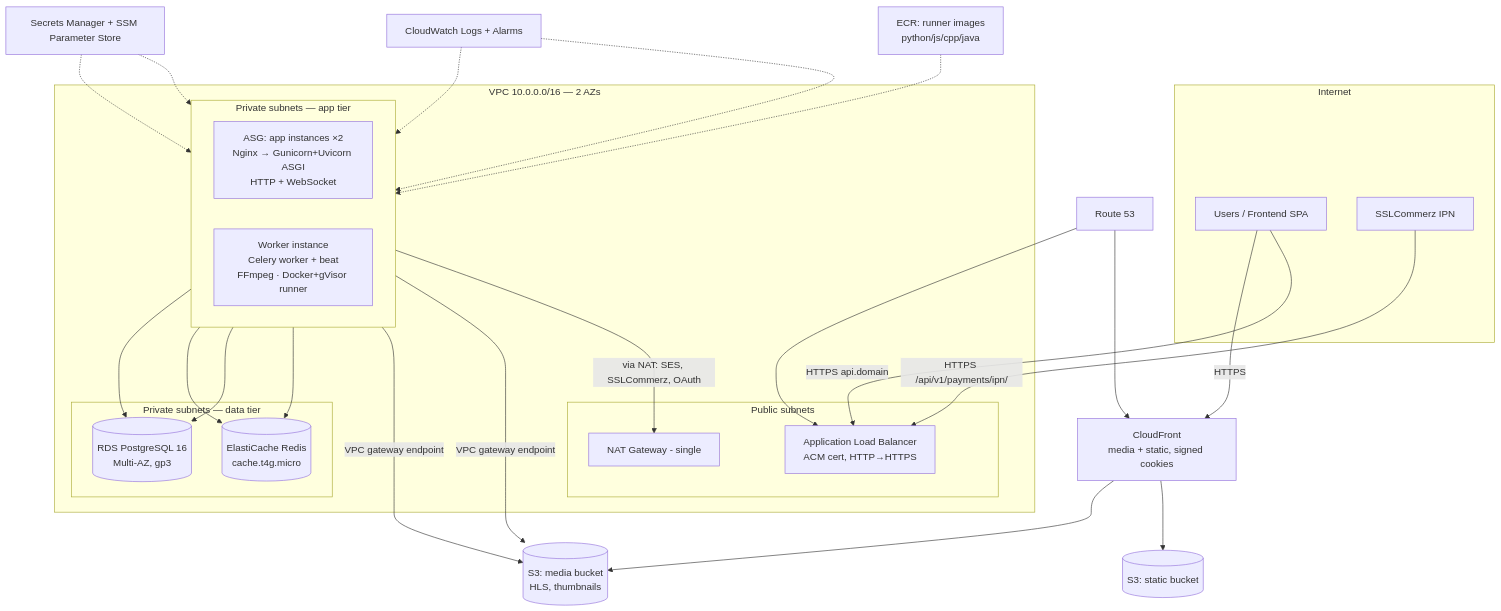
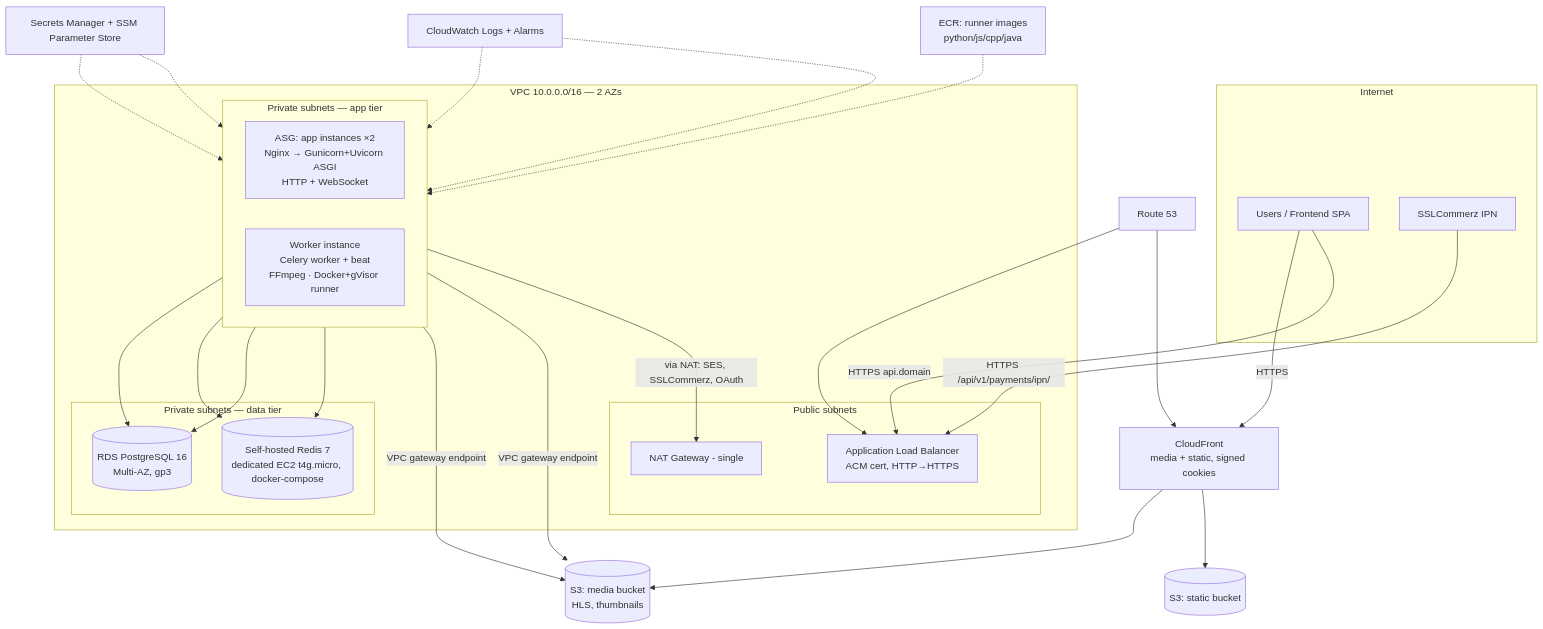
One commit to niduslab/Career-College-Backend changed the diagram in docs/deployment/AWS_DEPLOYMENT_ARCHITECTURE.md. Above: the diagram before and after it, drawn with Mermaid. The commit also changed other lines of this file and 5 other files, not shown here.

Commit message:
feat: update Redis configuration for Celery and Channels, add docker-compose for self-hosted Redis

````diff
--- a/docs/deployment/AWS_DEPLOYMENT_ARCHITECTURE.md
+++ b/docs/deployment/AWS_DEPLOYMENT_ARCHITECTURE.md
@@ -124,45 +124,45 @@
 ```mermaid
 flowchart TB
     subgraph internet [Internet]
         U[Users / Frontend SPA]
         SSLC[SSLCommerz IPN]
     end
 
     U -->|HTTPS| CF[CloudFront<br/>media + static, signed cookies]
     CF --> S3M[(S3: media bucket<br/>HLS, thumbnails)]
     CF --> S3S[(S3: static bucket)]
     U -->|HTTPS api.domain| ALB
     SSLC -->|HTTPS /api/v1/payments/ipn/| ALB
 
     subgraph vpc [VPC 10.0.0.0/16 — 2 AZs]
         subgraph public [Public subnets]
             ALB[Application Load Balancer<br/>ACM cert, HTTP→HTTPS]
             NAT[NAT Gateway - single]
         end
         subgraph privapp [Private subnets — app tier]
             direction LR
             ASG[ASG: app instances ×2<br/>Nginx → Gunicorn+Uvicorn ASGI<br/>HTTP + WebSocket]
             WRK[Worker instance<br/>Celery worker + beat<br/>FFmpeg · Docker+gVisor runner]
         end
         subgraph privdata [Private subnets — data tier]
             RDS[(RDS PostgreSQL 16<br/>Multi-AZ, gp3)]
-            REDIS[(ElastiCache Redis<br/>cache.t4g.micro)]
+            REDIS[(Self-hosted Redis 7<br/>dedicated EC2 t4g.micro, docker-compose)]
         end
     end
 
     ASG --> RDS
     ASG --> REDIS
     WRK --> RDS
     WRK --> REDIS
     ASG -->|VPC gateway endpoint| S3M
     WRK -->|VPC gateway endpoint| S3M
     WRK -->|via NAT: SES, SSLCommerz, OAuth| NAT
 
     R53[Route 53] --> CF
     R53 --> ALB
     SM[Secrets Manager + SSM Parameter Store] -.-> ASG
     SM -.-> WRK
     CW[CloudWatch Logs + Alarms] -.-> ASG
     CW -.-> WRK
     ECR[ECR: runner images<br/>python/js/cpp/java] -.-> WRK
 ```
````
